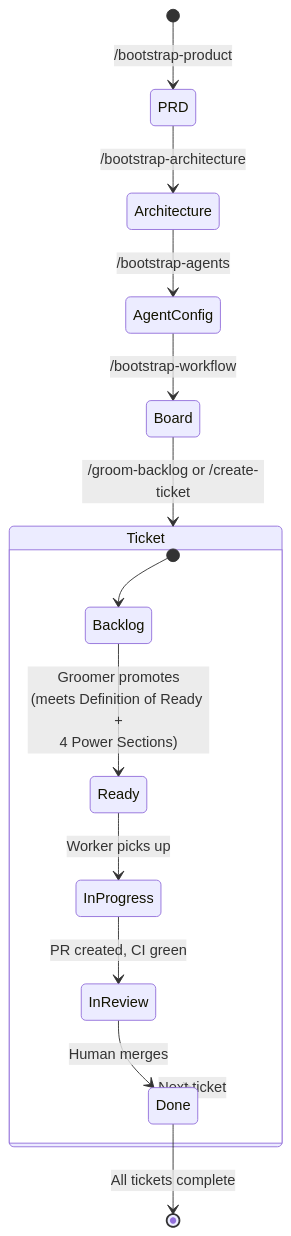
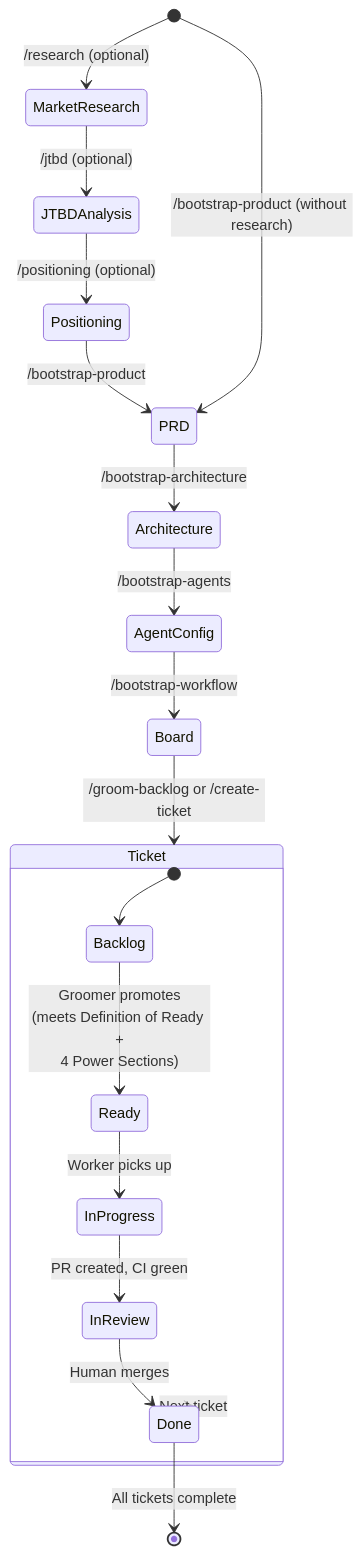
One commit to vibeacademy/agile-flow changed the fourth of 4 diagrams in docs/ARTIFACT-FLOW.md. Above: the diagram before and after it, drawn with Mermaid. The commit also changed other lines of this file and 7 other files, not shown here.

First line of the commit message:
feat(commands): add /research, /jtbd, and /positioning slash commands

````diff
--- a/docs/ARTIFACT-FLOW.md
+++ b/docs/ARTIFACT-FLOW.md
@@ -197,20 +209,24 @@
 ```mermaid
 stateDiagram-v2
-    [*] --> PRD: /bootstrap-product
+    [*] --> MarketResearch: /research (optional)
+    MarketResearch --> JTBDAnalysis: /jtbd (optional)
+    JTBDAnalysis --> Positioning: /positioning (optional)
+    Positioning --> PRD: /bootstrap-product
+    [*] --> PRD: /bootstrap-product (without research)
     PRD --> Architecture: /bootstrap-architecture
     Architecture --> AgentConfig: /bootstrap-agents
     AgentConfig --> Board: /bootstrap-workflow
 
     Board --> Ticket: /groom-backlog or /create-ticket
 
     state Ticket {
         [*] --> Backlog
         Backlog --> Ready: Groomer promotes<br/>(meets Definition of Ready +<br/>4 Power Sections)
         Ready --> InProgress: Worker picks up
         InProgress --> InReview: PR created, CI green
         InReview --> Done: Human merges
     }
 
     Done --> Ticket: Next ticket
     Done --> [*]: All tickets complete
 ```
````
